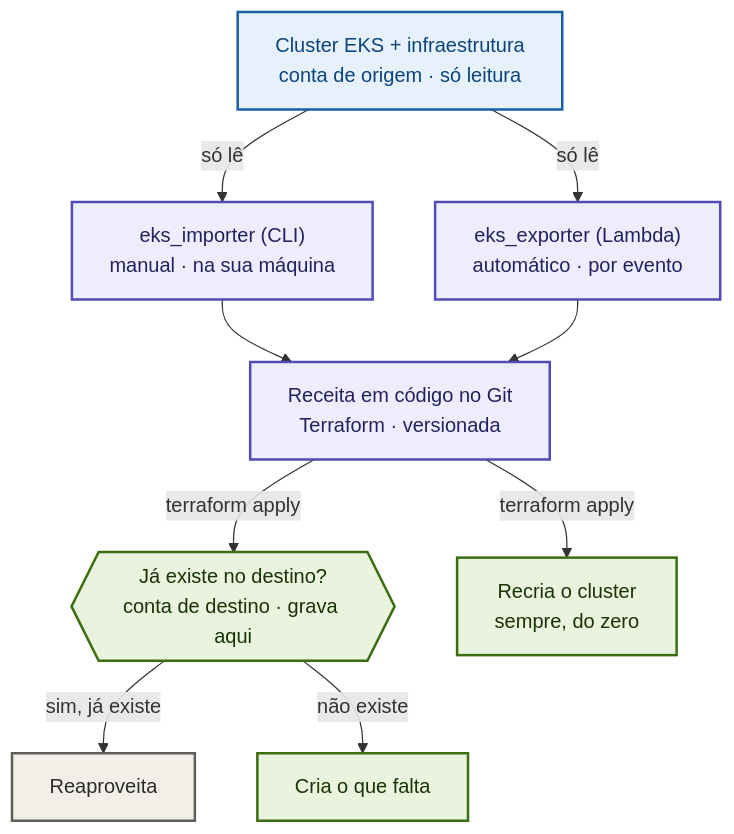
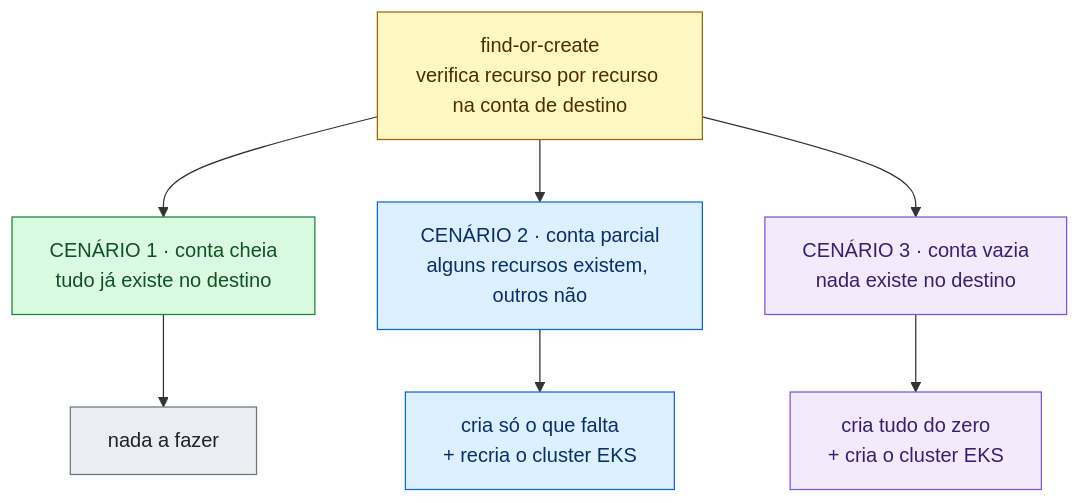
The first of 2 diagrams in README.md (brianmonteiro54/eks-terraform-dr), drawn with Mermaid before and after one commit.

Commit message:
docs: add diagram of the 3 destination-account scenarios

````diff
--- a/README.md
+++ b/README.md
@@ -79,30 +79,32 @@
 ```mermaid
-flowchart TD
-    A["Cluster EKS + infraestrutura<br/>conta de origem · só leitura"]
-    B["eks_importer (CLI)<br/>manual · na sua máquina"]
-    C["eks_exporter (Lambda)<br/>automático · por evento"]
-    D["Receita em código no Git<br/>Terraform · versionada"]
-    E{{"Já existe no destino?<br/>conta de destino · grava aqui"}}
-    F["Reaproveita<br/>"]
-    G["Cria o que falta<br/>"]
-    H["Recria o cluster<br/>sempre, do zero"]
+flowchart TB
+    TOP["find-or-create<br/>verifica recurso por recurso na conta de destino"]
 
-    A -->|só lê| B
-    A -->|só lê| C
-    B --> D
-    C --> D
-    D -->|terraform apply| H
-    D -->|terraform apply| E
-    E -->|sim, já existe| F
-    E -->|não existe| G
+    S1["CENÁRIO 1 · conta cheia<br/>tudo já existe no destino"]
+    S2["CENÁRIO 2 · conta parcial<br/>alguns recursos existem, outros não"]
+    S3["CENÁRIO 3 · conta vazia<br/>nada existe no destino"]
 
-    classDef origem fill:#E6F1FB,stroke:#185FA5,stroke-width:2px,color:#0C447C;
-    classDef ferramenta fill:#EEEDFE,stroke:#534AB7,stroke-width:2px,color:#26215C;
-    classDef destino fill:#EAF3DE,stroke:#3B6D11,stroke-width:2px,color:#173404;
-    classDef reuse fill:#F1EFE8,stroke:#5F5E5A,stroke-width:2px,color:#2C2C2A;
+    R1["nada a fazer"]
+    R2["cria só o que falta<br/>+ recria o cluster EKS"]
+    R3["cria tudo do zero<br/>+ cria o cluster EKS"]
 
-    class A origem;
-    class B,C,D ferramenta;
-    class E,G,H destino;
-    class F reuse;
+    TOP --> S1
+    TOP --> S2
+    TOP --> S3
+    S1 --> R1
+    S2 --> R2
+    S3 --> R3
+
+    classDef top fill:#fff8c5,stroke:#9a6700,color:#4d2d00;
+    classDef full fill:#dafbe1,stroke:#1a7f37,color:#0f5323;
+    classDef part fill:#ddf0ff,stroke:#0969da,color:#0a3069;
+    classDef empty fill:#f3eafc,stroke:#8250df,color:#3c1e70;
+    classDef noop fill:#eaeef2,stroke:#6e7781,color:#1f2328;
+    class TOP top
+    class S1 full
+    class S2 part
+    class S3 empty
+    class R1 noop
+    class R2 part
+    class R3 empty
 ```
````
